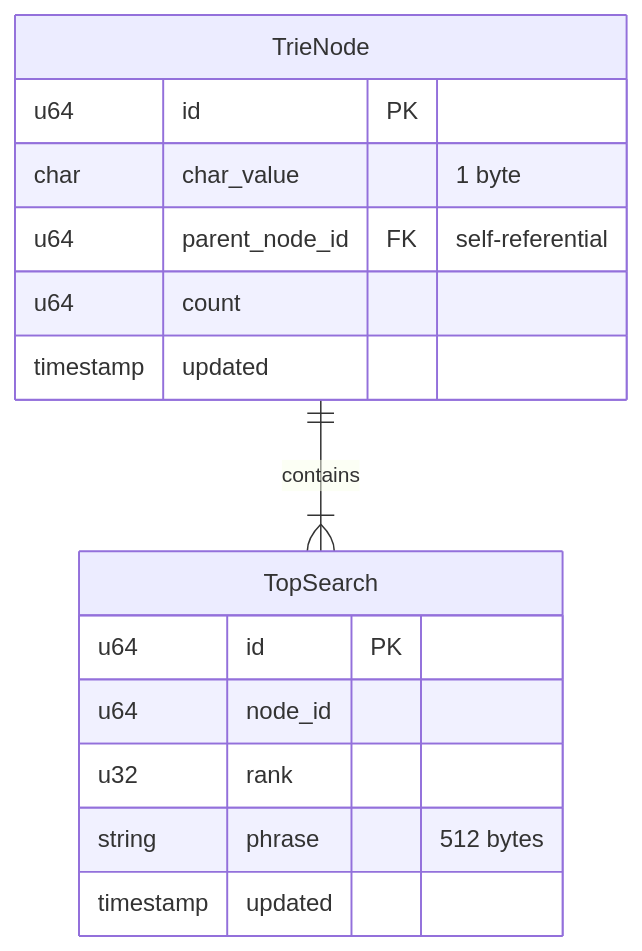
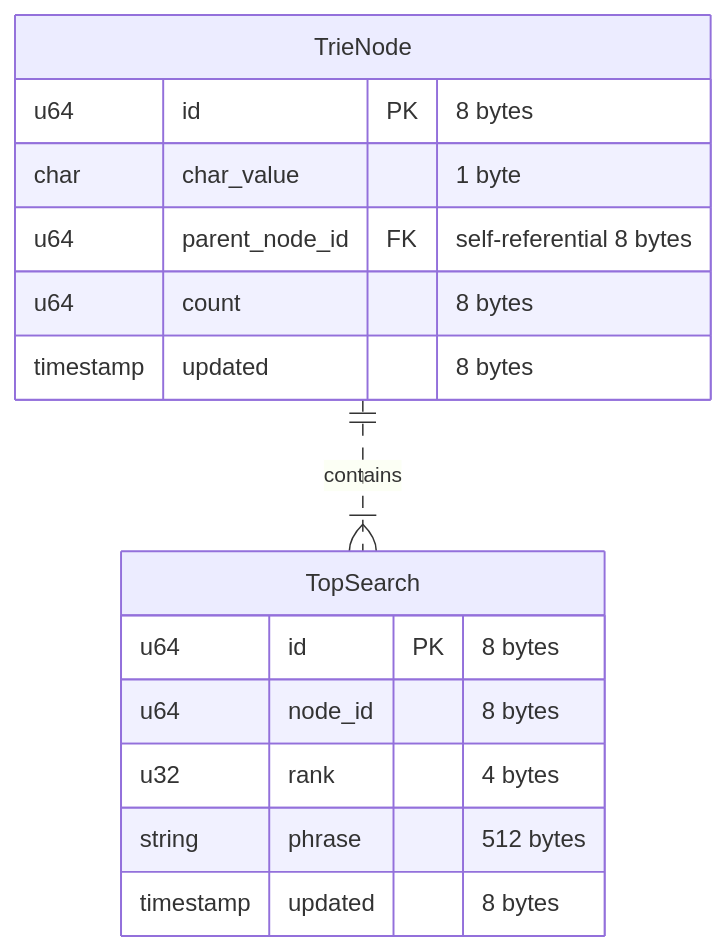
Before and after one commit to brpandey/leetcode-notes: the diagram in sys-design/hacking/32_autocomplete.md, drawn with Mermaid. The commit also changed other lines of this file and 16 other files, not shown here.

Commit message:
Added schema data type sizes

````diff
--- a/sys-design/hacking/32_autocomplete.md
+++ b/sys-design/hacking/32_autocomplete.md
@@ -82,20 +82,20 @@
 ```mermaid
 erDiagram
-    TrieNode ||--|{ TopSearch : contains
+    TrieNode ||..|{ TopSearch : contains
 
     TrieNode {
-        u64 id PK
+        u64 id PK "8 bytes"
         char char_value "1 byte"
-        u64 parent_node_id FK "self-referential"
-        u64 count
-        timestamp updated
+        u64 parent_node_id FK "self-referential 8 bytes"
+        u64 count "8 bytes"
+        timestamp updated "8 bytes"
     }
 
     TopSearch {
-        u64 id PK
-        u64 node_id
-        u32 rank
+        u64 id PK "8 bytes"
+        u64 node_id "8 bytes"
+        u32 rank "4 bytes"
         string phrase "512 bytes"
-        timestamp updated
+        timestamp updated "8 bytes"
     }
 ```
````
